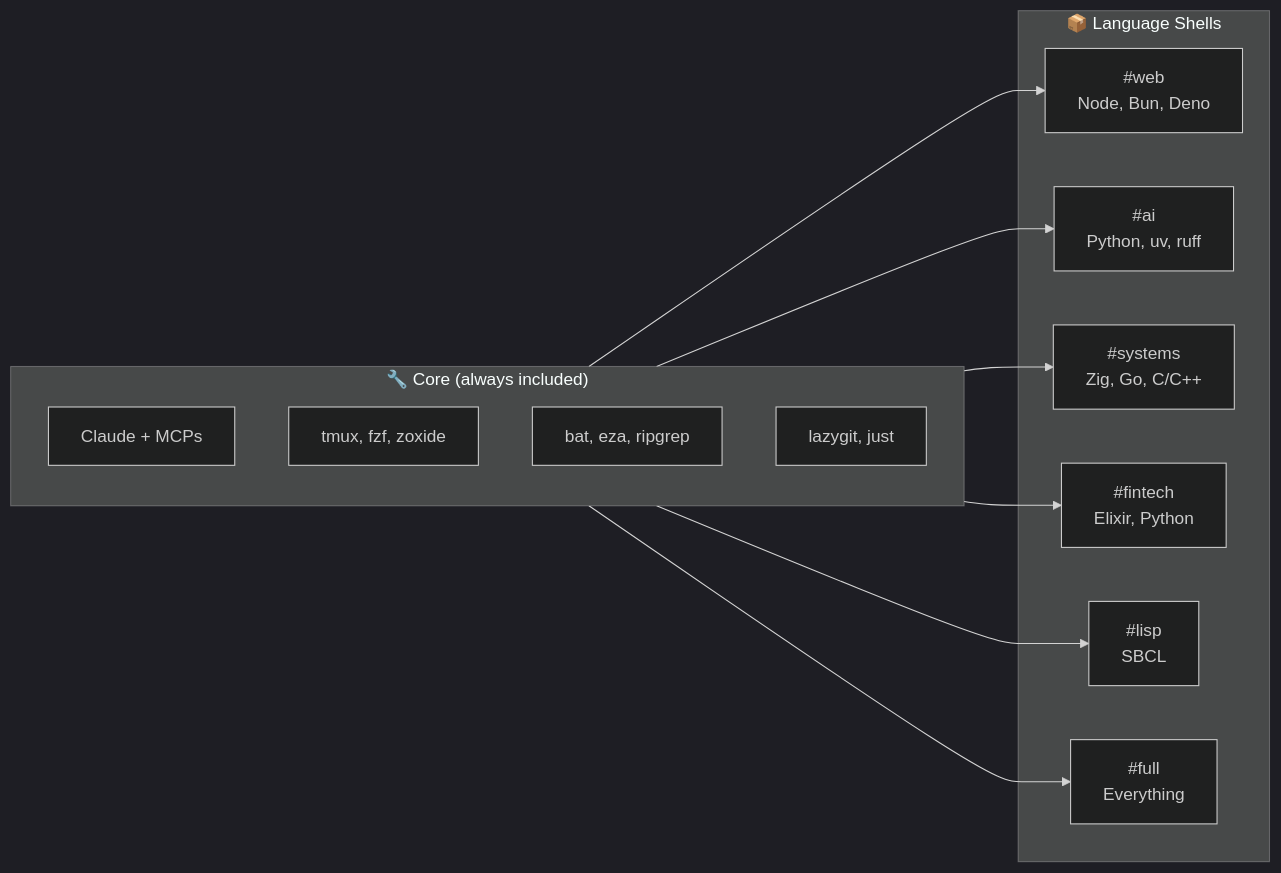
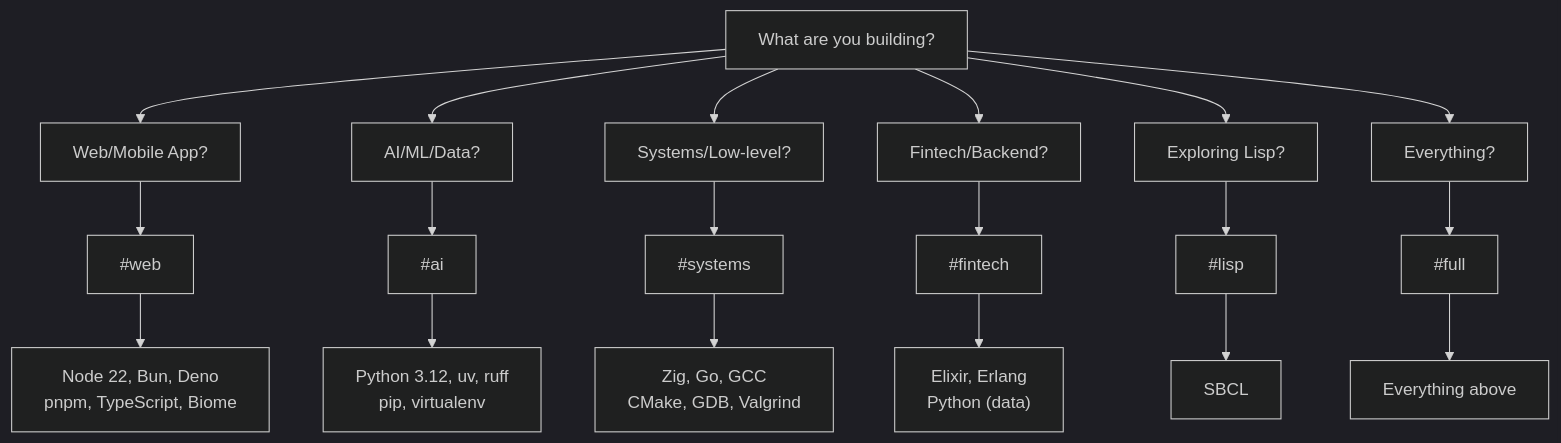
One commit to stussysenik/cc-setup changed the first of 3 diagrams in README.md. Above: the diagram before and after it, drawn with Mermaid (dark theme). The commit also changed other lines of this file and 11 other files, not shown here.

````diff
--- a/README.md
+++ b/README.md
@@ -53,25 +42,25 @@
 ```mermaid
-graph LR
-    subgraph CORE["🔧 Core (always included)"]
-        C1["Claude + MCPs"]
-        C2["tmux, fzf, zoxide"]
-        C3["bat, eza, ripgrep"]
-        C4["lazygit, just"]
-    end
+flowchart TD
+    START["What are you building?"]
 
-    subgraph SHELLS["📦 Language Shells"]
-        WEB["#web<br/>Node, Bun, Deno"]
-        AI["#ai<br/>Python, uv, ruff"]
-        SYS["#systems<br/>Zig, Go, C/C++"]
-        FIN["#fintech<br/>Elixir, Python"]
-        LISP["#lisp<br/>SBCL"]
-        FULL["#full<br/>Everything"]
-    end
+    START --> WEB["Web/Mobile App?"]
+    START --> AI["AI/ML/Data?"]
+    START --> SYS["Systems/Low-level?"]
+    START --> FIN["Fintech/Backend?"]
+    START --> LISP["Exploring Lisp?"]
+    START --> ALL["Everything?"]
 
-    CORE --> WEB
-    CORE --> AI
-    CORE --> SYS
-    CORE --> FIN
-    CORE --> LISP
-    CORE --> FULL
+    WEB --> WEBSHELL["#web"]
+    AI --> AISHELL["#ai"]
+    SYS --> SYSSHELL["#systems"]
+    FIN --> FINSHELL["#fintech"]
+    LISP --> LISPSHELL["#lisp"]
+    ALL --> FULLSHELL["#full"]
+
+    WEBSHELL --> WEBTOOLS["Node 22, Bun, Deno<br/>pnpm, TypeScript, Biome"]
+    AISHELL --> AITOOLS["Python 3.12, uv, ruff<br/>pip, virtualenv"]
+    SYSSHELL --> SYSTOOLS["Zig, Go, GCC<br/>CMake, GDB, Valgrind"]
+    FINSHELL --> FINTOOLS["Elixir, Erlang<br/>Python (data)"]
+    LISPSHELL --> LISPTOOLS["SBCL"]
+    FULLSHELL --> FULLTOOLS["Everything above"]
 ```
````
